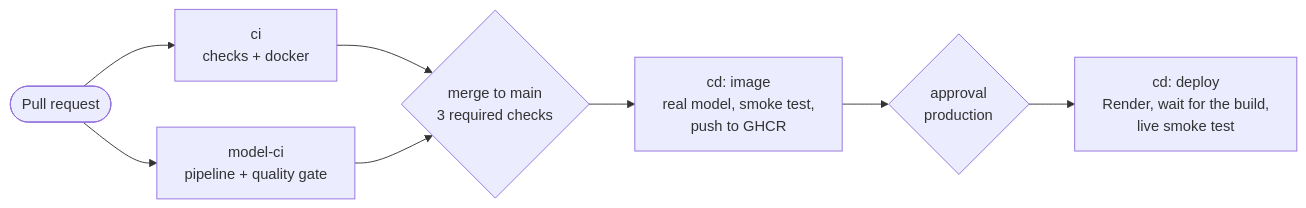
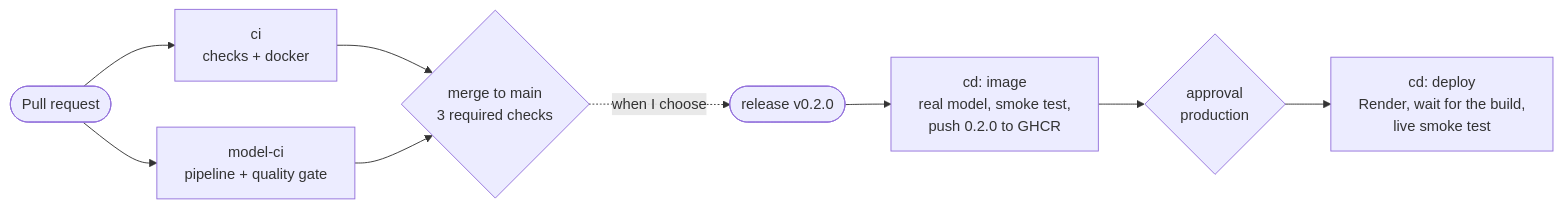
One commit to you-ssef-dan/anomaly-inspector changed the diagram in README.md. Above: the diagram before and after it, drawn with Mermaid. The commit also changed other lines of this file and 4 other files, not shown here.

````diff
--- a/README.md
+++ b/README.md
@@ -380,10 +381,11 @@
 ```mermaid
 flowchart LR
   pr([Pull request]) --> ci["ci<br/>checks + docker"]
   pr --> mci["model-ci<br/>pipeline + quality gate"]
   ci --> merge{"merge to main<br/>3 required checks"}
   mci --> merge
-  merge --> image["cd: image<br/>real model, smoke test,<br/>push to GHCR"]
+  merge -.->|when I choose| release(["release v0.2.0"])
+  release --> image["cd: image<br/>real model, smoke test,<br/>push 0.2.0 to GHCR"]
   image --> ok{"approval<br/>production"}
   ok --> deploy["cd: deploy<br/>Render, wait for the build,<br/>live smoke test"]
 ```
````
